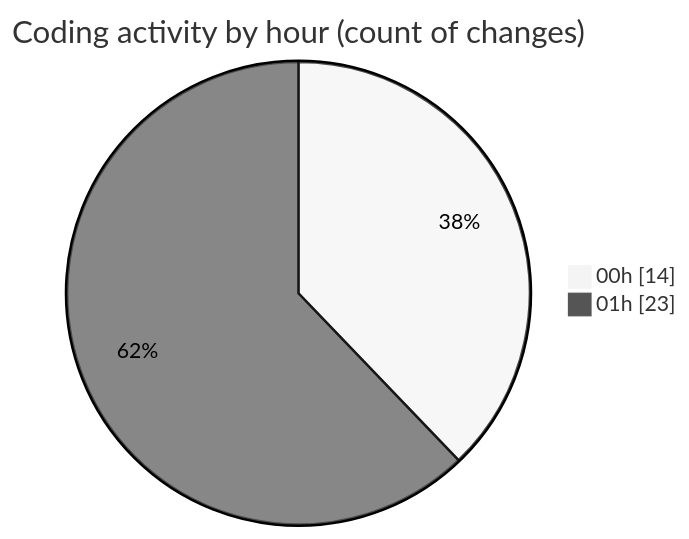
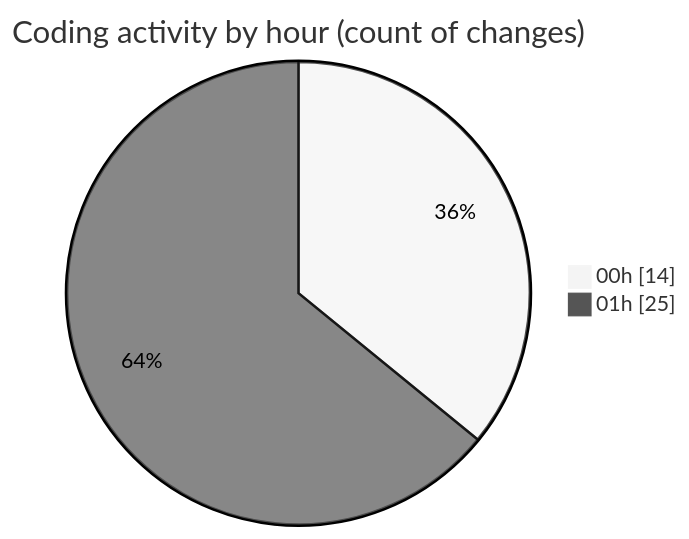
Before and after one commit to momahboobian/code-tracking: the second of 2 diagrams in 2025-01-11/good-pr/README.md, drawn with Mermaid (neutral theme). The commit also changed other lines of this file and 1 other file, not shown here.

````diff
--- a/2025-01-11/good-pr/README.md
+++ b/2025-01-11/good-pr/README.md
@@ -47,6 +47,6 @@
 ```mermaid
 pie showData
 title Coding activity by hour (count of changes)
 "00h" : 14
-"01h" : 23
+"01h" : 25
 ```
````
